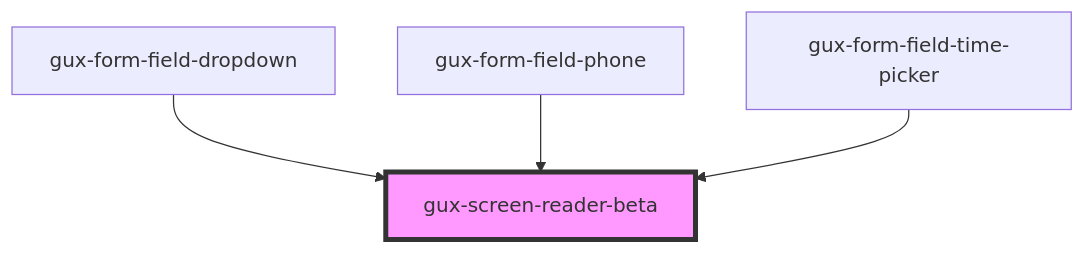
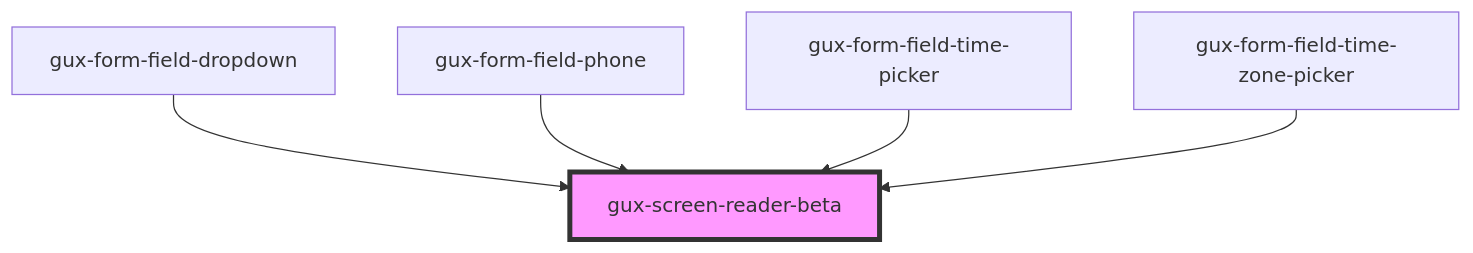
One commit to MyPureCloud/genesys-spark changed the diagram in packages/genesys-spark-components/src/components/beta/gux-screen-reader/readme.md. Above: the diagram before and after it, drawn with Mermaid. The commit also changed other lines of this file and 15 other files, not shown here.

First line of the commit message:
feat(form-field-time-zone-picker): addition of form-field-time-zone-picker

````diff
--- a/packages/genesys-spark-components/src/components/beta/gux-screen-reader/readme.md
+++ b/packages/genesys-spark-components/src/components/beta/gux-screen-reader/readme.md
@@ -24,7 +25,8 @@
 ```mermaid
 graph TD;
   gux-form-field-dropdown --> gux-screen-reader-beta
   gux-form-field-phone --> gux-screen-reader-beta
   gux-form-field-time-picker --> gux-screen-reader-beta
+  gux-form-field-time-zone-picker --> gux-screen-reader-beta
   style gux-screen-reader-beta fill:#f9f,stroke:#333,stroke-width:4px
 ```
````
